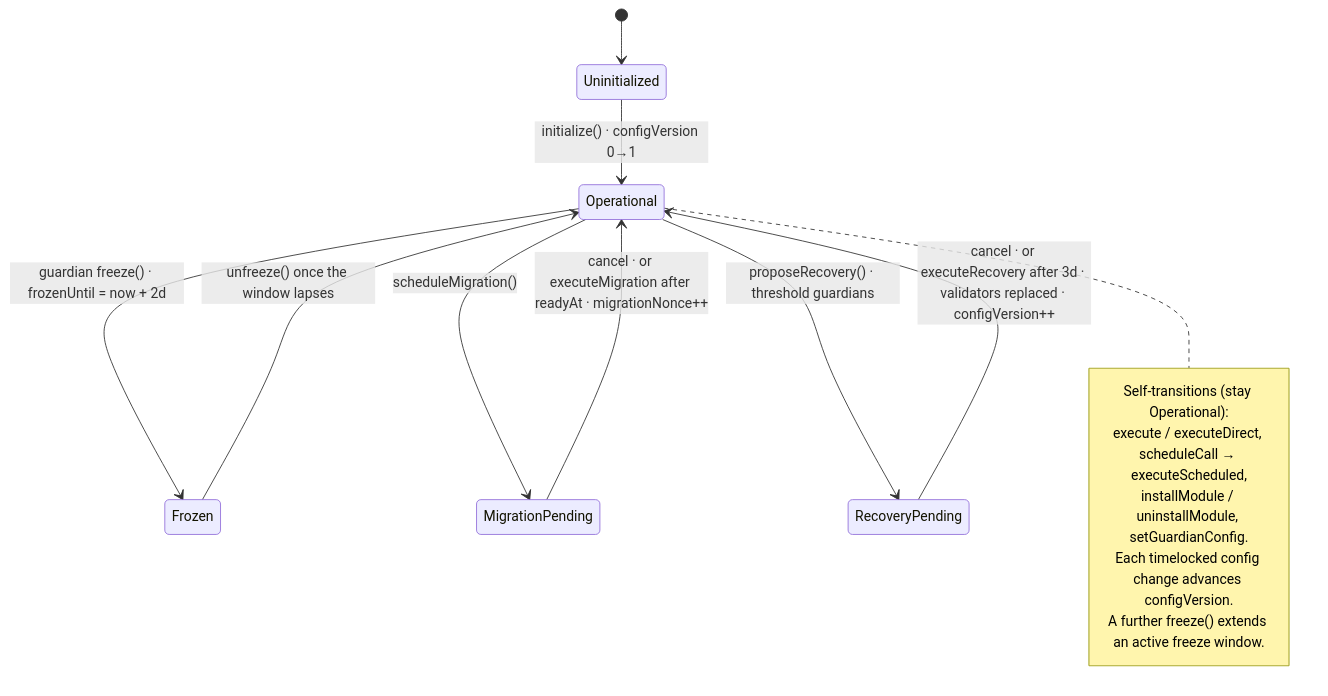
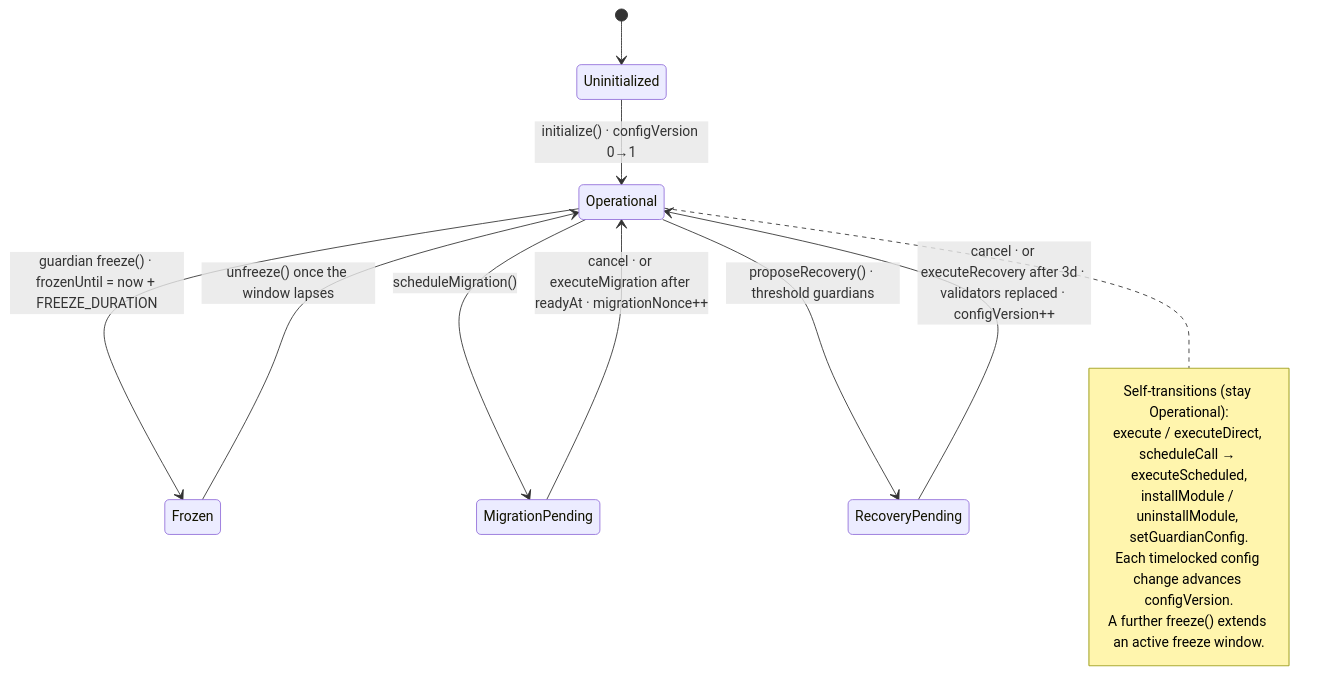
The diagram in docs/design/lifecycle.md (emirongrr/loom), drawn with Mermaid before and after one commit. The commit also changed other lines of this file and 173 other files, not shown here.

````diff
--- a/docs/design/lifecycle.md
+++ b/docs/design/lifecycle.md
@@ -25,23 +25,23 @@
 ```mermaid
 stateDiagram-v2
     direction TB
     [*] --> Uninitialized
     Uninitialized --> Operational: initialize() · configVersion 0→1
 
-    Operational --> Frozen: guardian freeze() · frozenUntil = now + 2d
+    Operational --> Frozen: guardian freeze() · frozenUntil = now + FREEZE_DURATION
     Frozen --> Operational: unfreeze() once the window lapses
 
     Operational --> MigrationPending: scheduleMigration()
     MigrationPending --> Operational: cancel · or executeMigration after readyAt · migrationNonce++
 
     Operational --> RecoveryPending: proposeRecovery() · threshold guardians
     RecoveryPending --> Operational: cancel · or executeRecovery after 3d · validators replaced · configVersion++
 
     note right of Operational
         Self-transitions (stay Operational):
         execute / executeDirect, scheduleCall → executeScheduled,
         installModule / uninstallModule, setGuardianConfig.
         Each timelocked config change advances configVersion.
         A further freeze() extends an active freeze window.
     end note
 ```
````
